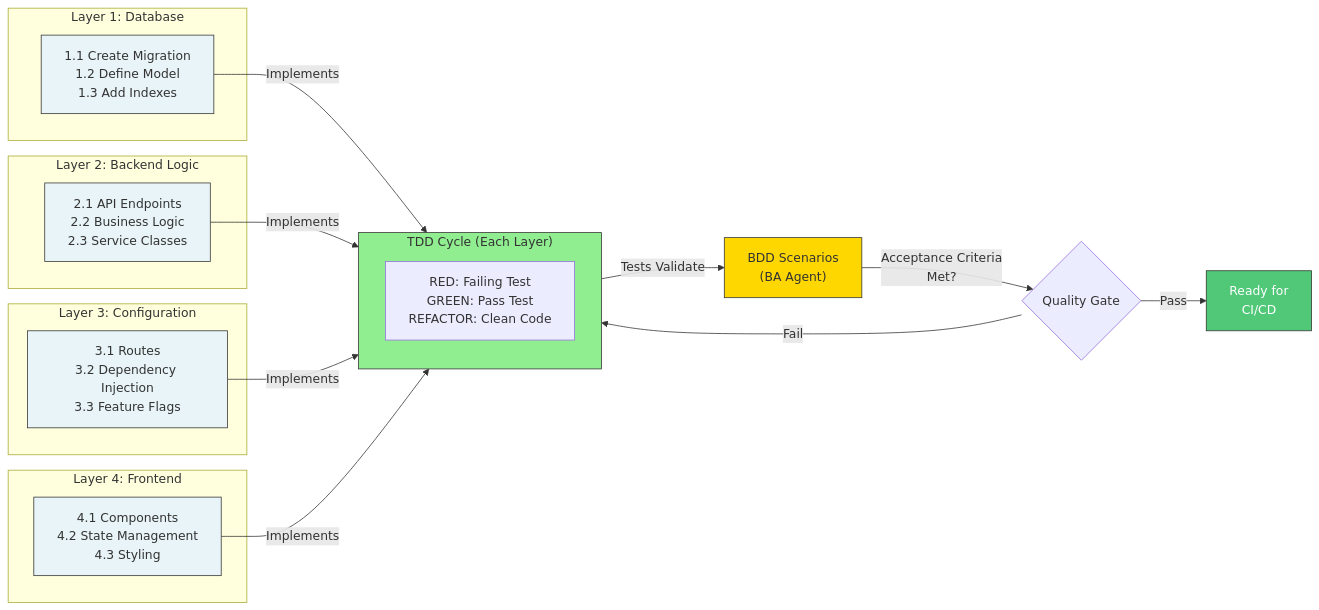
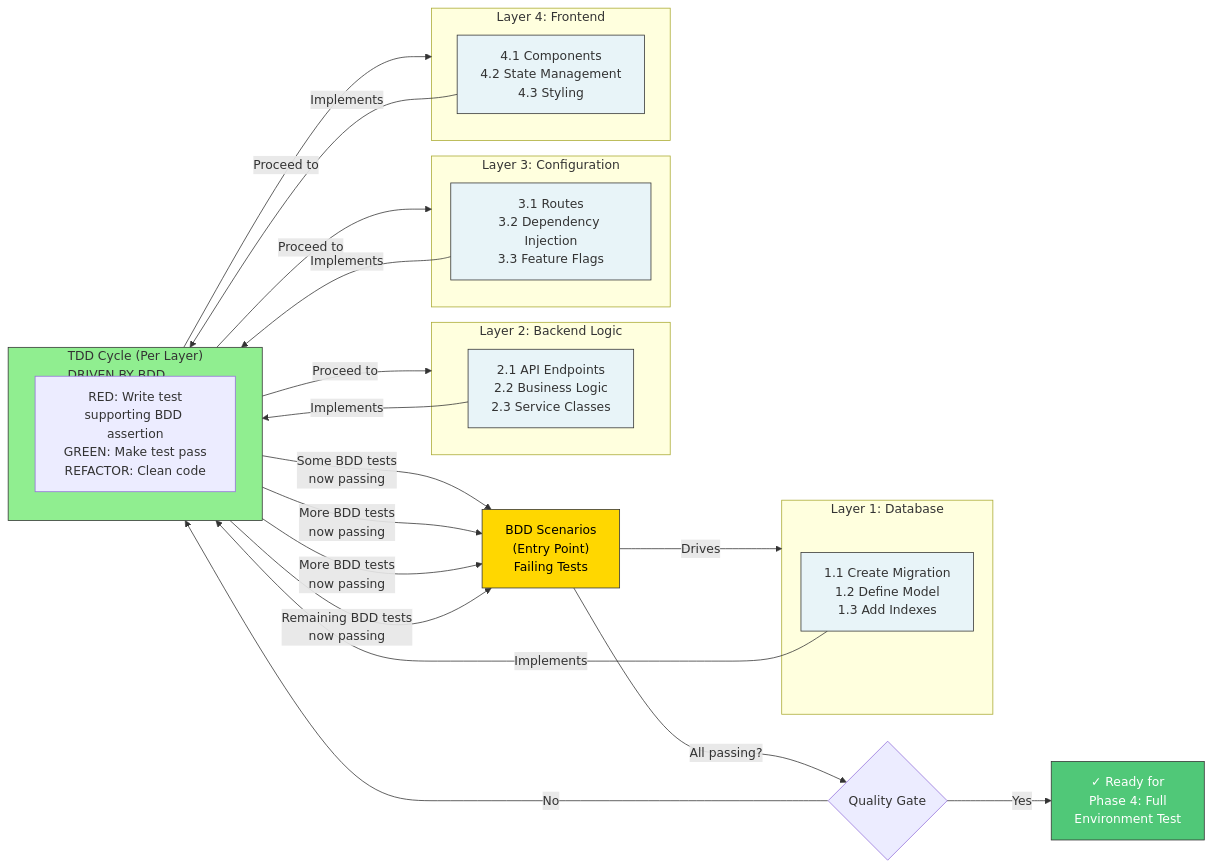
Before and after one commit to oboukhris-palo/training-day-3: the third of 6 diagrams in project-template/.github/README.md, drawn with Mermaid. The commit also changed other lines of this file and 8 other files, not shown here.

Commit message:
feat: Enhance PM agent with Jira MCP integration for epic and user story management, workflow BDD enhancement

````diff
--- a/project-template/.github/README.md
+++ b/project-template/.github/README.md
@@ -110,41 +183,54 @@
 ```mermaid
 graph LR
+    
+    BDD["BDD Scenarios<br/>(Entry Point)<br/>Failing Tests"]
+    
     subgraph Layer1 ["Layer 1: Database"]
         D1["1.1 Create Migration<br/>1.2 Define Model<br/>1.3 Add Indexes"]
     end
     
     subgraph Layer2 ["Layer 2: Backend Logic"]
         D2["2.1 API Endpoints<br/>2.2 Business Logic<br/>2.3 Service Classes"]
     end
     
     subgraph Layer3 ["Layer 3: Configuration"]
         D3["3.1 Routes<br/>3.2 Dependency Injection<br/>3.3 Feature Flags"]
     end
     
     subgraph Layer4 ["Layer 4: Frontend"]
         D4["4.1 Components<br/>4.2 State Management<br/>4.3 Styling"]
     end
     
-    subgraph TDD ["TDD Cycle (Each Layer)"]
-        T["RED: Failing Test<br/>GREEN: Pass Test<br/>REFACTOR: Clean Code"]
+    subgraph TDD ["TDD Cycle (Per Layer)<br/>DRIVEN BY BDD"]
+        T["RED: Write test<br/>supporting BDD assertion<br/>GREEN: Make test pass<br/>REFACTOR: Clean code"]
     end
     
+    BDD -->|Drives| Layer1
     D1 -->|Implements| TDD
+    TDD -->|Some BDD tests<br/>now passing| BDD
+    
+    TDD -->|Proceed to| Layer2
     D2 -->|Implements| TDD
+    TDD -->|More BDD tests<br/>now passing| BDD
+    
+    TDD -->|Proceed to| Layer3
     D3 -->|Implements| TDD
+    TDD -->|More BDD tests<br/>now passing| BDD
+    
+    TDD -->|Proceed to| Layer4
     D4 -->|Implements| TDD
+    TDD -->|Remaining BDD tests<br/>now passing| BDD
     
-    TDD -->|Tests Validate| V["BDD Scenarios<br/>(BA Agent)"]
-    V -->|Acceptance Criteria<br/>Met?| Q{Quality Gate}
+    BDD -->|All passing?| Q{Quality Gate}
     
-    Q -->|Pass| C["Ready for<br/>CI/CD"]
-    Q -->|Fail| TDD
+    Q -->|Yes| C["✓ Ready for<br/>Phase 4: Full<br/>Environment Test"]
+    Q -->|No| TDD
     
+    style BDD fill:#FFD700,stroke:#333,color:#000
     style D1 fill:#E8F4F8,stroke:#333
     style D2 fill:#E8F4F8,stroke:#333
     style D3 fill:#E8F4F8,stroke:#333
     style D4 fill:#E8F4F8,stroke:#333
     style TDD fill:#90EE90,stroke:#333
-    style V fill:#FFD700,stroke:#333
     style C fill:#50C878,stroke:#333,color:#fff
 ```
````
